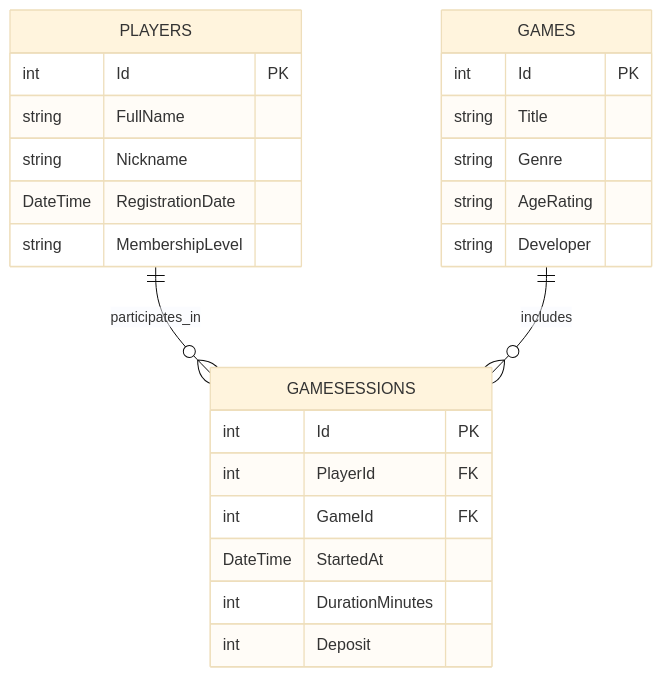
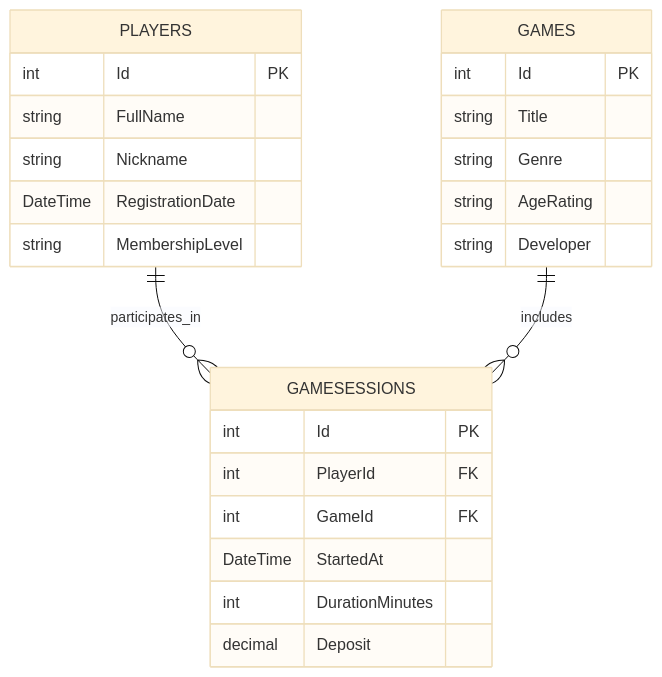
Before and after one commit to dyakovskiy08-cyber/UniversityPractice: the diagram in README.md, drawn with Mermaid (base theme). The commit also changed other lines of this file, not shown here.

Commit message:
Настроить тёмную тему и адаптивный интерфейс

````diff
--- a/README.md
+++ b/README.md
@@ -19,30 +19,30 @@
 ```mermaid
 erDiagram
     PLAYERS ||--o{ GAMESESSIONS : participates_in
     GAMES ||--o{ GAMESESSIONS : includes
 
     PLAYERS {
         int Id PK
         string FullName
         string Nickname
         DateTime RegistrationDate
         string MembershipLevel
     }
 
     GAMES {
         int Id PK
         string Title
         string Genre
         string AgeRating
         string Developer
     }
 
     GAMESESSIONS {
         int Id PK
         int PlayerId FK
         int GameId FK
         DateTime StartedAt
         int DurationMinutes
-        int Deposit
+        decimal Deposit
     }
 ```
````
